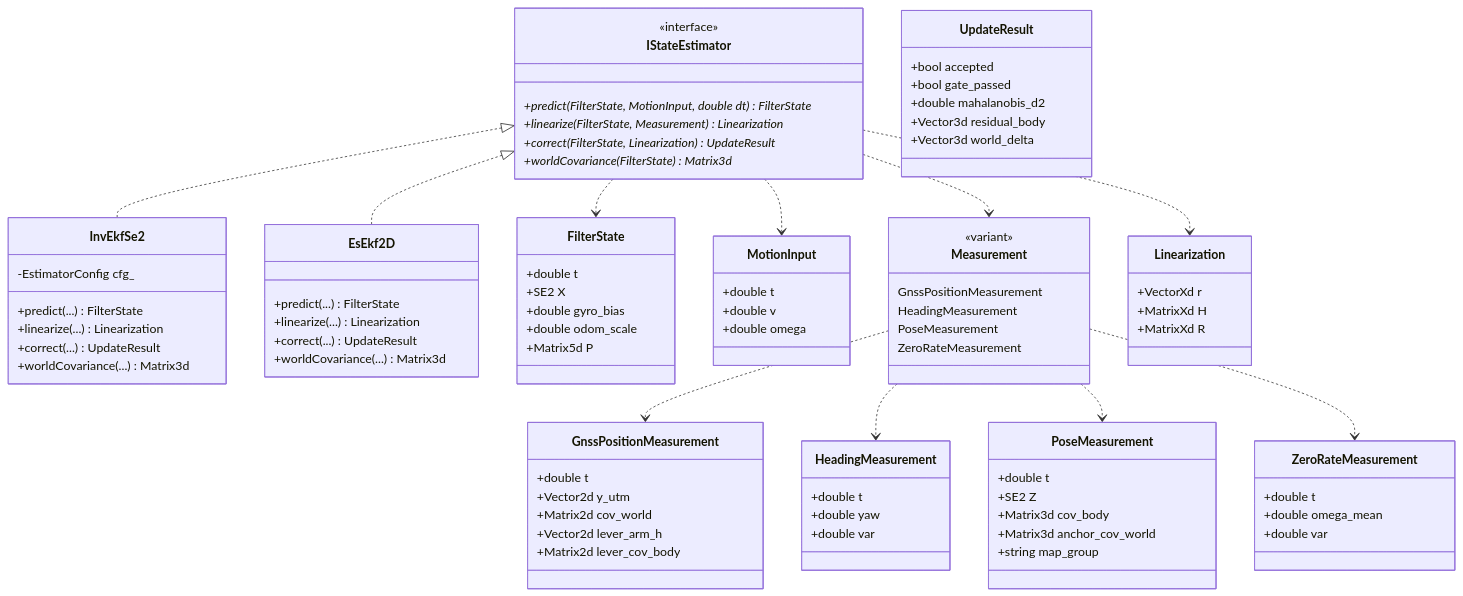
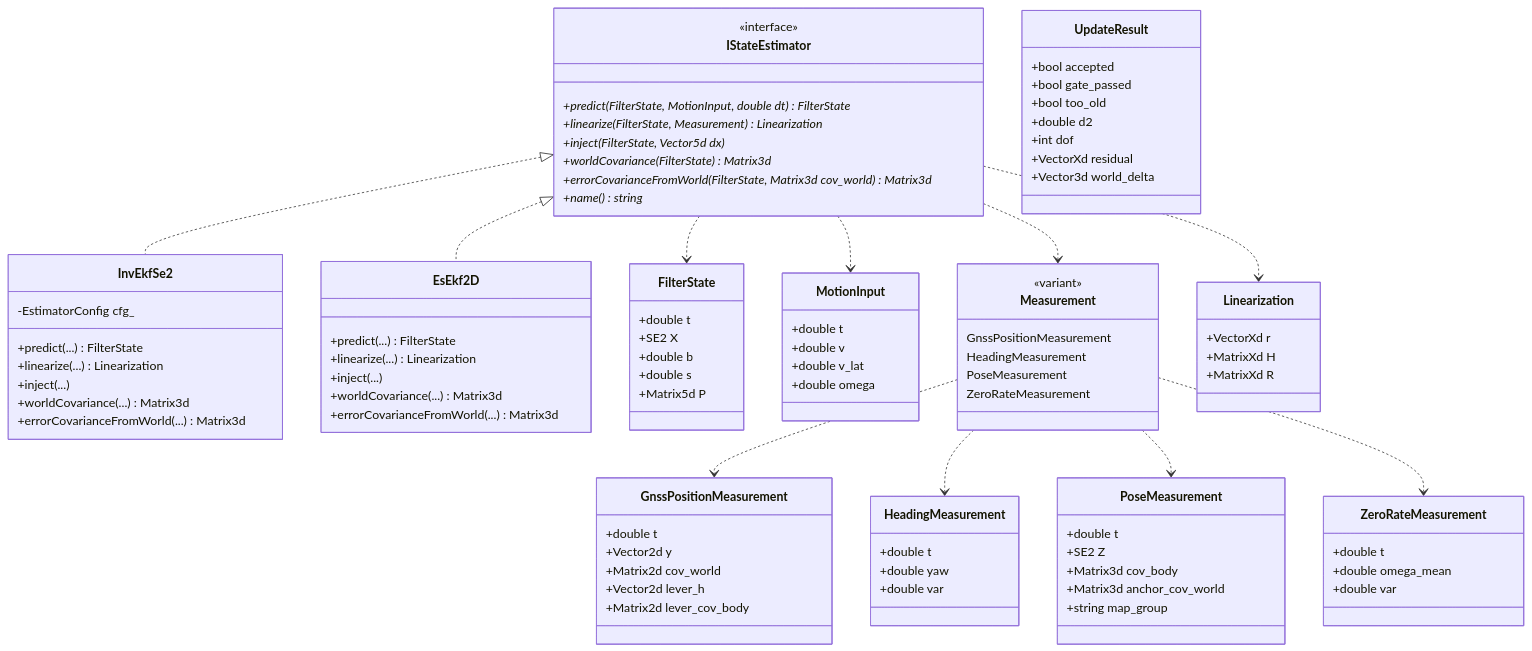
Before and after one commit to mamoru1126/gnss_and_lidar_localization: the fifth of 15 diagrams in docs/architecture.md, drawn with Mermaid. The commit also changed other lines of this file and 12 other files, not shown here.

First line of the commit message:
feat: 地図上での初期化にタイムアウトを追加し、Phase 2 に合わせて文書を更新

```diff
--- a/docs/architecture.md
+++ b/docs/architecture.md
@@ -348,32 +423,37 @@
     <<interface>>
     +predict(FilterState, MotionInput, double dt) FilterState*
     +linearize(FilterState, Measurement) Linearization*
-    +correct(FilterState, Linearization) UpdateResult*
+    +inject(FilterState, Vector5d dx)*
     +worldCovariance(FilterState) Matrix3d*
+    +errorCovarianceFromWorld(FilterState, Matrix3d cov_world) Matrix3d*
+    +name() string*
   }
   class InvEkfSe2 {
     -EstimatorConfig cfg_
     +predict(...) FilterState
     +linearize(...) Linearization
-    +correct(...) UpdateResult
+    +inject(...)
     +worldCovariance(...) Matrix3d
+    +errorCovarianceFromWorld(...) Matrix3d
   }
   class EsEkf2D {
     +predict(...) FilterState
     +linearize(...) Linearization
-    +correct(...) UpdateResult
+    +inject(...)
     +worldCovariance(...) Matrix3d
+    +errorCovarianceFromWorld(...) Matrix3d
   }
   class FilterState {
     +double t
     +SE2 X
-    +double gyro_bias
-    +double odom_scale
+    +double b
+    +double s
     +Matrix5d P
   }
   class MotionInput {
     +double t
     +double v
+    +double v_lat
     +double omega
   }
   class Measurement {
@@ -385,9 +465,9 @@
   }
   class GnssPositionMeasurement {
     +double t
-    +Vector2d y_utm
+    +Vector2d y
     +Matrix2d cov_world
-    +Vector2d lever_arm_h
+    +Vector2d lever_h
     +Matrix2d lever_cov_body
   }
   class HeadingMeasurement {
@@ -415,8 +495,10 @@
   class UpdateResult {
     +bool accepted
     +bool gate_passed
-    +double mahalanobis_d2
-    +Vector3d residual_body
+    +bool too_old
+    +double d2
+    +int dof
+    +VectorXd residual
     +Vector3d world_delta
   }
   IStateEstimator <|.. InvEkfSe2
```
